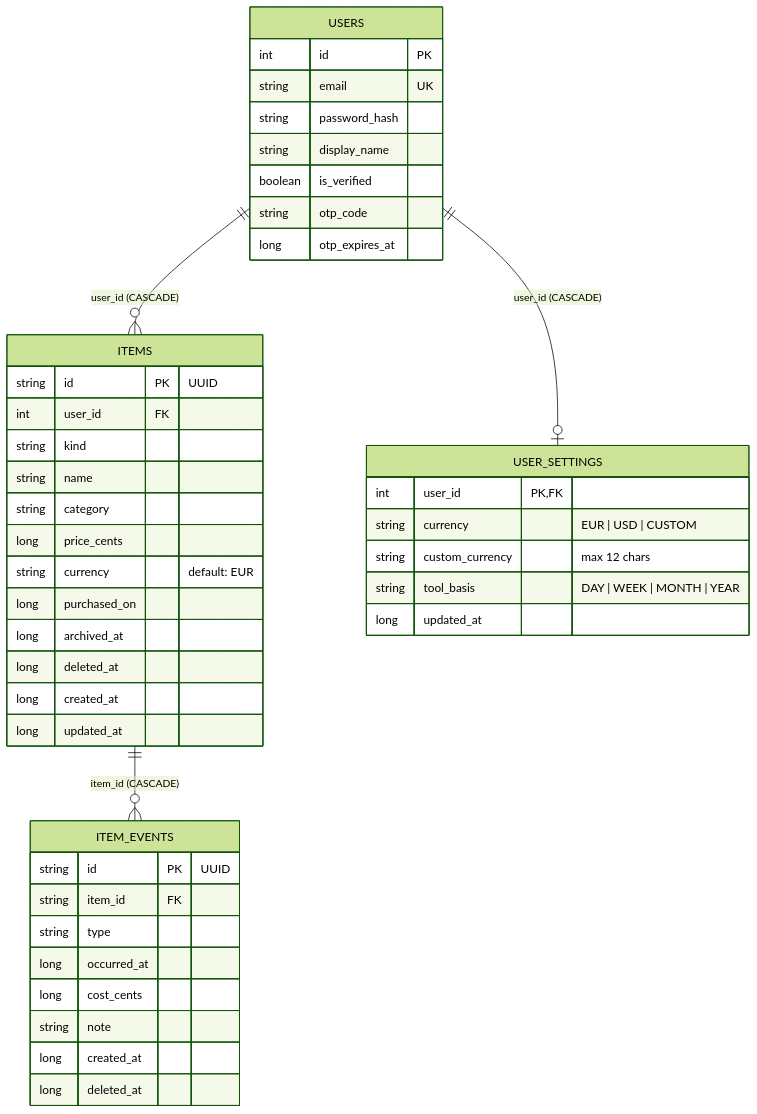
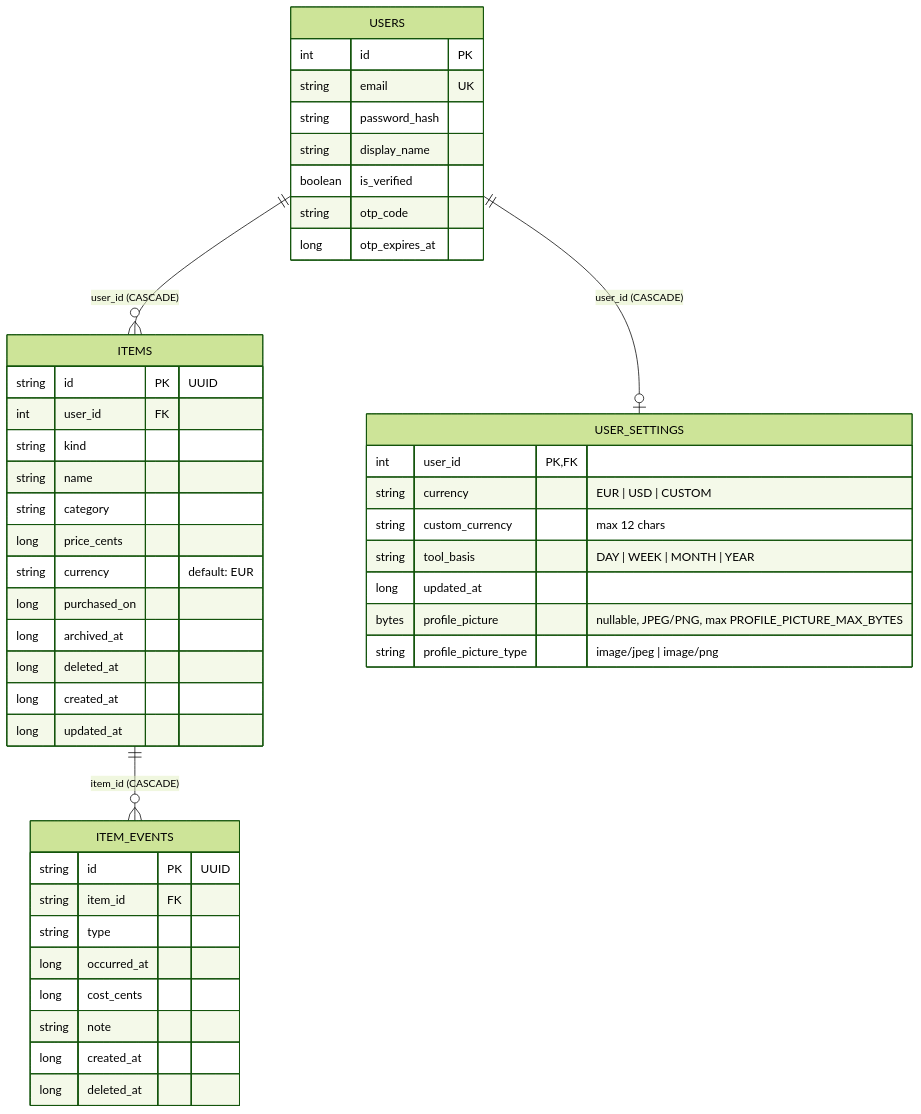
One commit to JZLab-Studio/be-fair changed the diagram in server/AGENTS.md. Above: the diagram before and after it, drawn with Mermaid (forest theme). The commit also changed other lines of this file and 10 other files, not shown here.

Commit message:
Add profile picture upload with circular crop in Profile screen

````diff
--- a/server/AGENTS.md
+++ b/server/AGENTS.md
@@ -136,46 +136,48 @@
 ```mermaid
 erDiagram
     USERS {
         int id PK
         string email UK
         string password_hash
         string display_name
         boolean is_verified
         string otp_code
         long otp_expires_at
     }
     ITEMS {
         string id PK "UUID"
         int user_id FK
         string kind
         string name
         string category
         long price_cents
         string currency "default: EUR"
         long purchased_on
         long archived_at
         long deleted_at
         long created_at
         long updated_at
     }
     ITEM_EVENTS {
         string id PK "UUID"
         string item_id FK
         string type
         long occurred_at
         long cost_cents
         string note
         long created_at
         long deleted_at
     }
     USER_SETTINGS {
         int user_id PK, FK
         string currency "EUR | USD | CUSTOM"
         string custom_currency "max 12 chars"
         string tool_basis "DAY | WEEK | MONTH | YEAR"
         long updated_at
+        bytes profile_picture "nullable, JPEG/PNG, max PROFILE_PICTURE_MAX_BYTES"
+        string profile_picture_type "image/jpeg | image/png"
     }
     USERS ||--o| USER_SETTINGS : "user_id (CASCADE)"
     USERS ||--o{ ITEMS : "user_id (CASCADE)"
     ITEMS ||--o{ ITEM_EVENTS : "item_id (CASCADE)"
 ```
````
